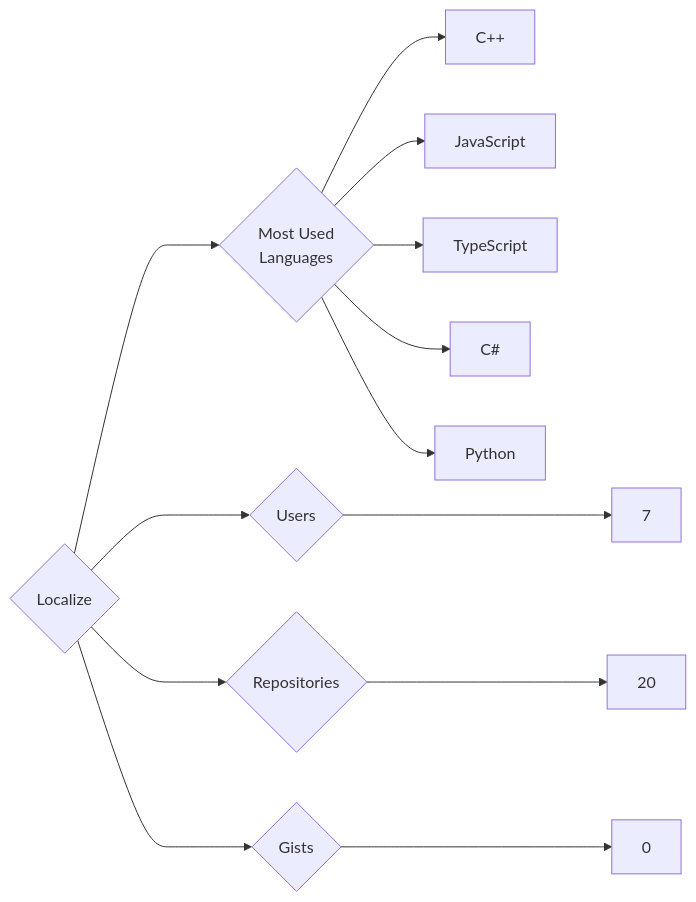
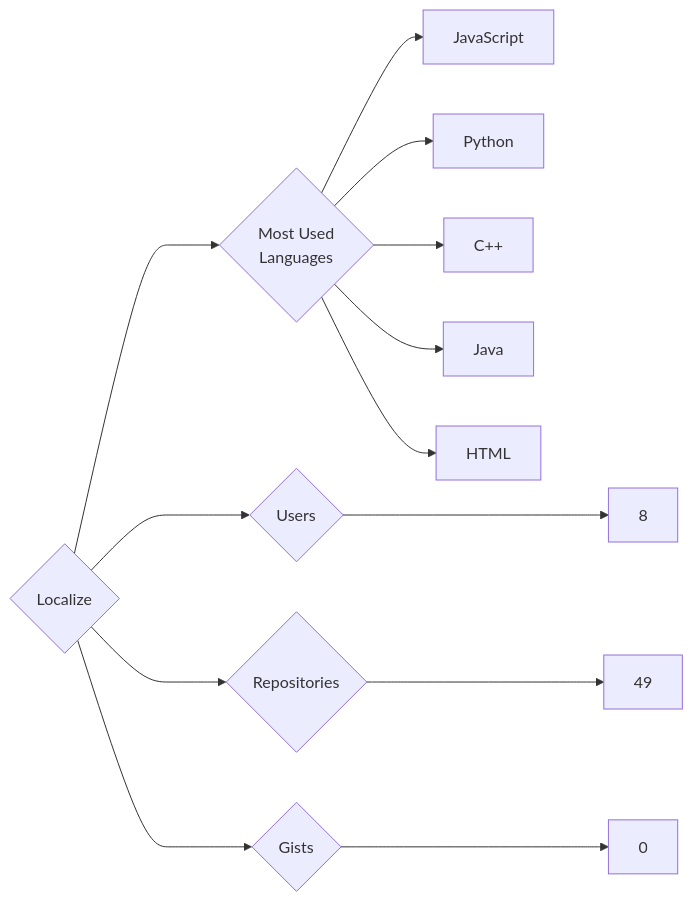
Before and after one commit to trickest/insiders: the diagram in targets/Localize/README.md, drawn with Mermaid. The commit also changed 951 other files, not shown here.

````diff
--- a/targets/Localize/README.md
+++ b/targets/Localize/README.md
@@ -3,13 +3,13 @@
 ```mermaid
 graph LR
 COMPANY_NAME{Localize}
-COMPANY_NAME ---> U{Users} ---> UN[7]
-COMPANY_NAME ---> R{Repositories} ---> RN[20]
+COMPANY_NAME ---> U{Users} ---> UN[8]
+COMPANY_NAME ---> R{Repositories} ---> RN[49]
 COMPANY_NAME ---> G{Gists} ---> GN[0]
 COMPANY_NAME ---> ML{Most Used<br>Languages}
-ML --> C++
-ML --> JavaScript
-ML --> TypeScript
-ML --> C#
-ML --> Python
+ML --> JavaScript[JavaScript]
+ML --> Python[Python]
+ML --> C++[C++]
+ML --> Java[Java]
+ML --> HTML[HTML]
 ```
````
